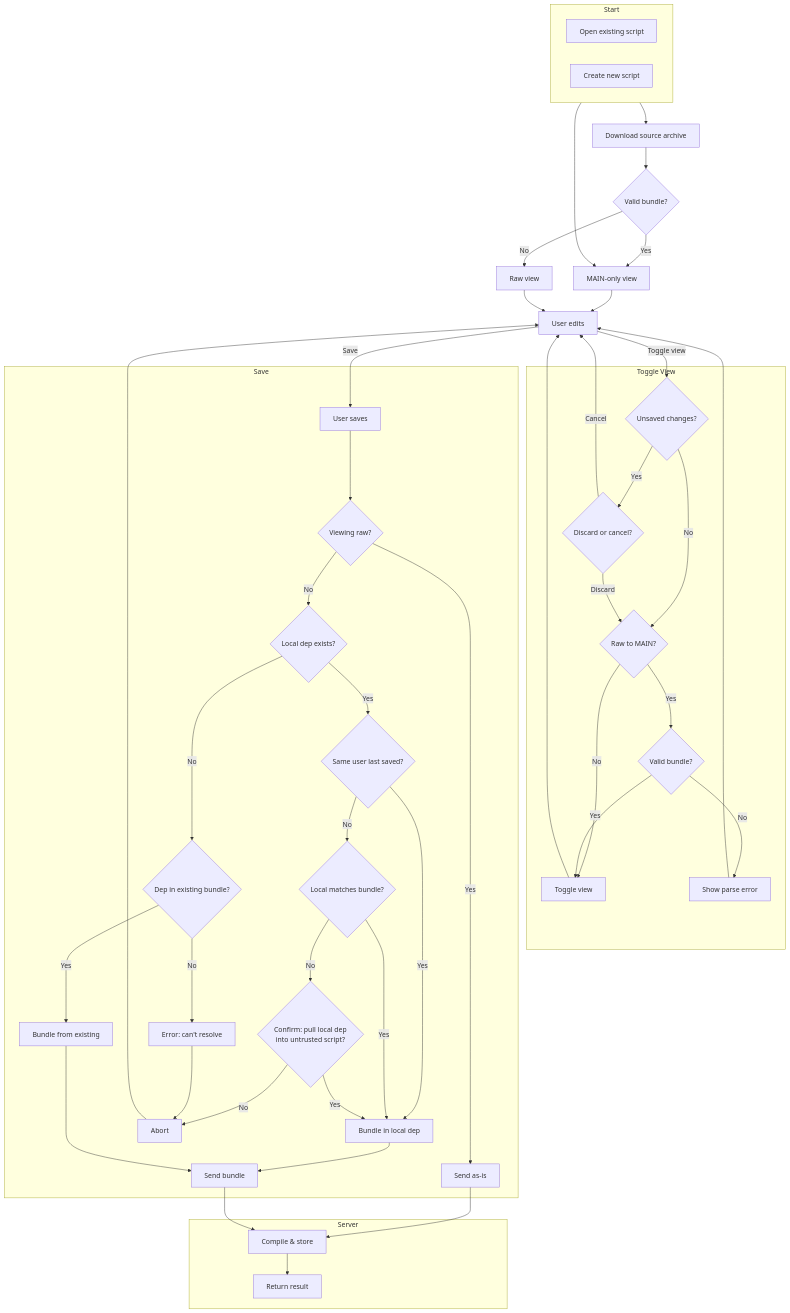
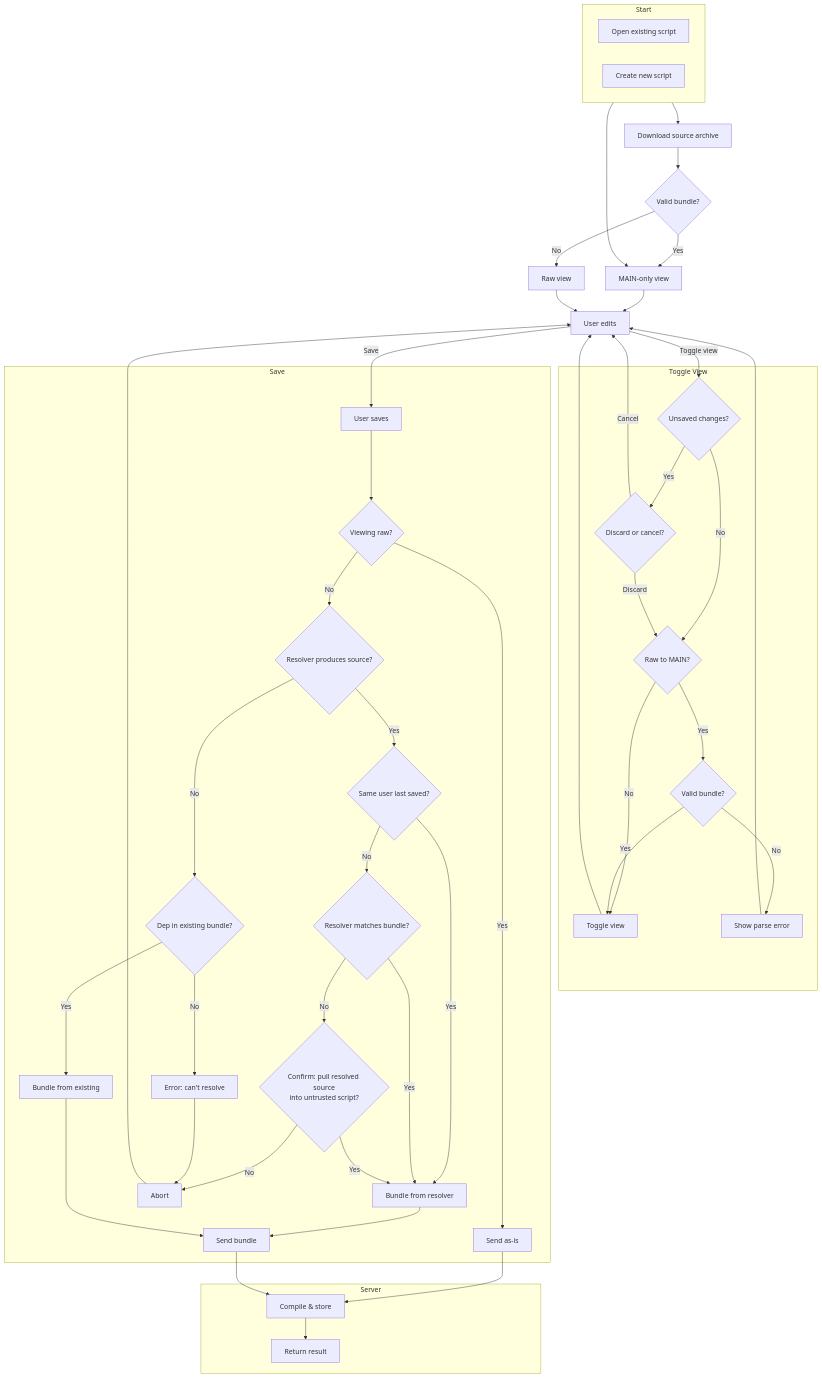
The second of 2 diagrams in rfcs/static-require-bundle.md (secondlife/slua), drawn with Mermaid before and after one commit. The commit also changed other lines of this file and 26 other files, not shown here.

```diff
--- a/rfcs/static-require-bundle.md
+++ b/rfcs/static-require-bundle.md
@@ -117,11 +301,11 @@
         StartSave[User saves]
         IsRawView{Viewing raw?}
         SendRaw[Send as-is]
-        HasLocalDep{Local dep exists?}
+        ResolverSucceeds{Resolver produces source?}
         CheckOwnership{Same user last saved?}
-        BundleLocal[Bundle in local dep]
-        CheckMatch{Local matches bundle?}
-        ConfirmUntrusted{Confirm: pull local dep\ninto untrusted script?}
+        BundleResolved[Bundle from resolver]
+        CheckMatch{Resolver matches bundle?}
+        ConfirmUntrusted{Confirm: pull resolved source\ninto untrusted script?}
         DepInBundle{Dep in existing bundle?}
         BundleFromBundle[Bundle from existing]
         ResolveError[Error: can't resolve]
@@ -130,19 +314,19 @@
 
         StartSave --> IsRawView
         IsRawView -->|Yes| SendRaw
-        IsRawView -->|No| HasLocalDep
-        HasLocalDep -->|Yes| CheckOwnership
-        CheckOwnership -->|Yes| BundleLocal
+        IsRawView -->|No| ResolverSucceeds
+        ResolverSucceeds -->|Yes| CheckOwnership
+        CheckOwnership -->|Yes| BundleResolved
         CheckOwnership -->|No| CheckMatch
-        CheckMatch -->|Yes| BundleLocal
+        CheckMatch -->|Yes| BundleResolved
         CheckMatch -->|No| ConfirmUntrusted
-        ConfirmUntrusted -->|Yes| BundleLocal
+        ConfirmUntrusted -->|Yes| BundleResolved
         ConfirmUntrusted -->|No| AbortSave
-        HasLocalDep -->|No| DepInBundle
+        ResolverSucceeds -->|No| DepInBundle
         DepInBundle -->|Yes| BundleFromBundle
         DepInBundle -->|No| ResolveError
         ResolveError --> AbortSave
-        BundleLocal --> SendBundle
+        BundleResolved --> SendBundle
         BundleFromBundle --> SendBundle
     end
 
```
